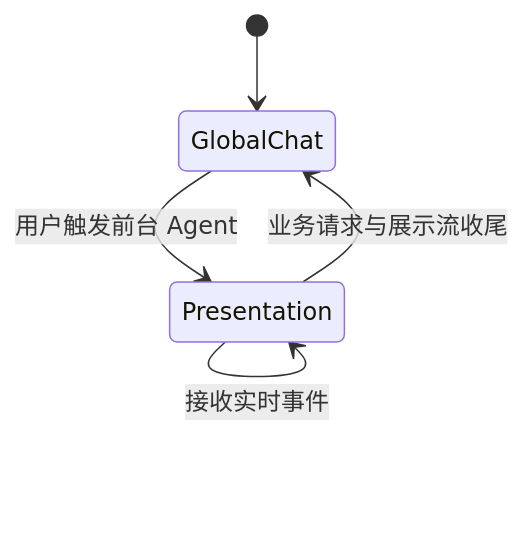
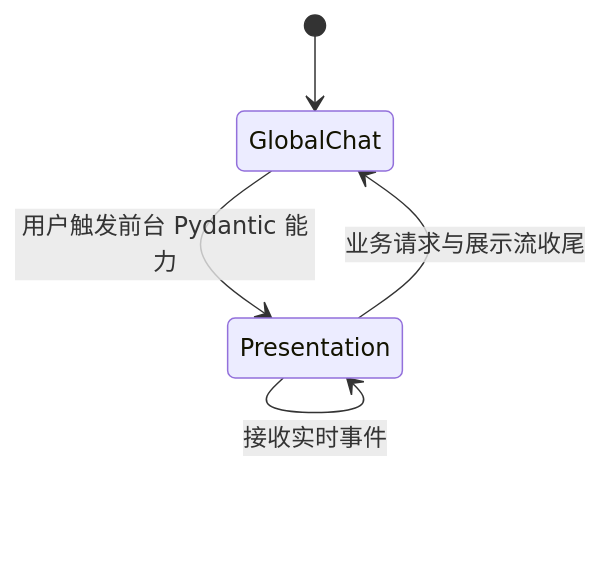
Before and after one commit to huandao-gonglu/ChampionErp: the first of 2 diagrams in docs/aiworkpage.md, drawn with Mermaid. The commit also changed other lines of this file and 9 other files, not shown here.

````diff
--- a/docs/aiworkpage.md
+++ b/docs/aiworkpage.md
@@ -19,7 +19,7 @@
 ```mermaid
 stateDiagram-v2
     [*] --> GlobalChat
-    GlobalChat --> Presentation: 用户触发前台 Agent
+    GlobalChat --> Presentation: 用户触发前台 Pydantic 能力
     Presentation --> Presentation: 接收实时事件
     Presentation --> GlobalChat: 业务请求与展示流收尾
 ```
````
